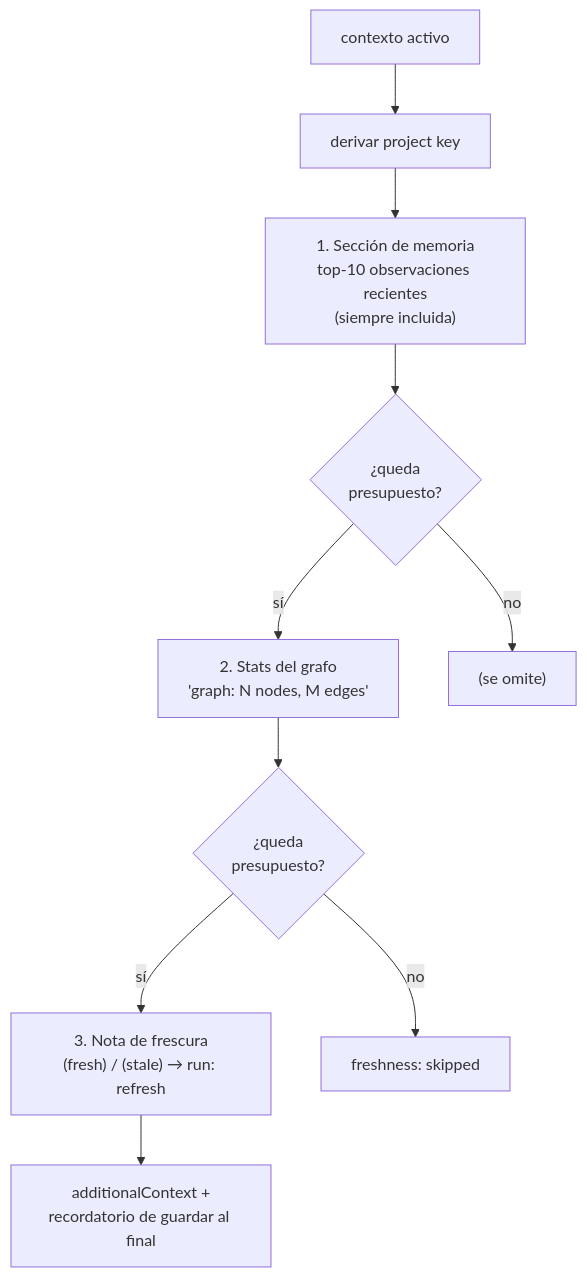
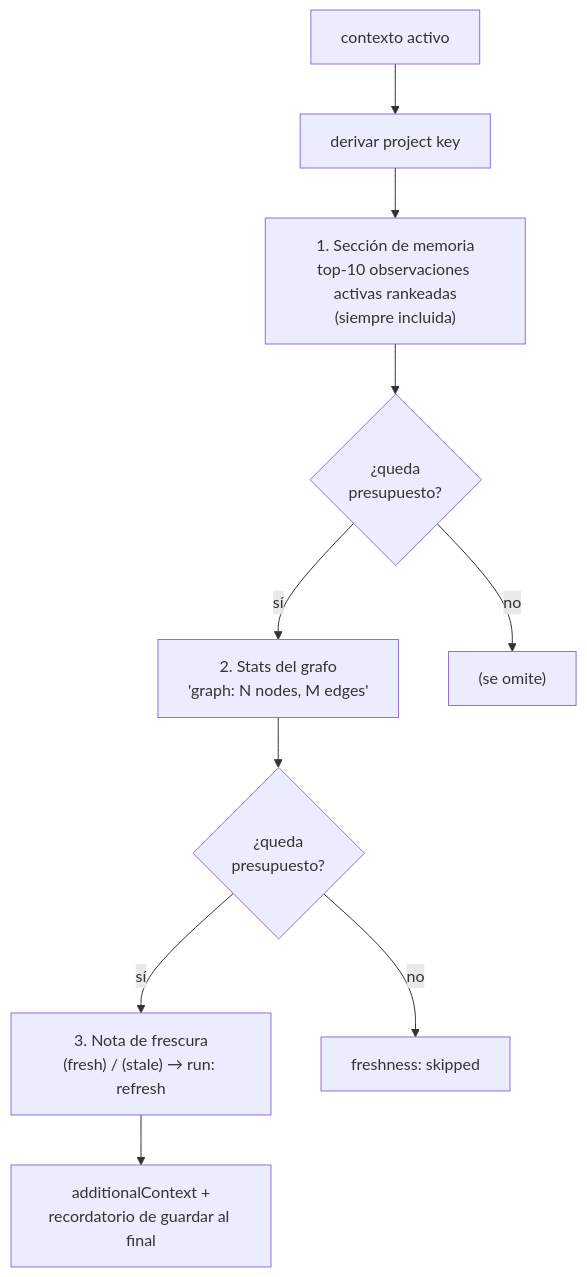
The second of 3 diagrams in docs/i18n/es/concepts/06-hooks-e-inyeccion.md (Kolimar/leina), drawn with Mermaid before and after one commit. The commit also changed other lines of this file and 15 other files, not shown here.

````diff
--- a/docs/i18n/es/concepts/06-hooks-e-inyeccion.md
+++ b/docs/i18n/es/concepts/06-hooks-e-inyeccion.md
@@ -126,12 +126,12 @@
 ```mermaid
 flowchart TD
     start["contexto activo"] --> key["derivar project key"]
-    key --> mem["1. Sección de memoria<br/>top-10 observaciones recientes<br/>(siempre incluida)"]
+    key --> mem["1. Sección de memoria<br/>top-10 observaciones activas rankeadas<br/>(siempre incluida)"]
     mem --> budget1{¿queda<br/>presupuesto?}
     budget1 -->|sí| gstats["2. Stats del grafo<br/>'graph: N nodes, M edges'"]
     budget1 -->|no| skip1["(se omite)"]
     gstats --> budget2{¿queda<br/>presupuesto?}
     budget2 -->|sí| fresh["3. Nota de frescura<br/>(fresh) / (stale) → run: refresh"]
     budget2 -->|no| skip2["freshness: skipped"]
     fresh --> out["additionalContext +<br/>recordatorio de guardar al final"]
 ```
````
